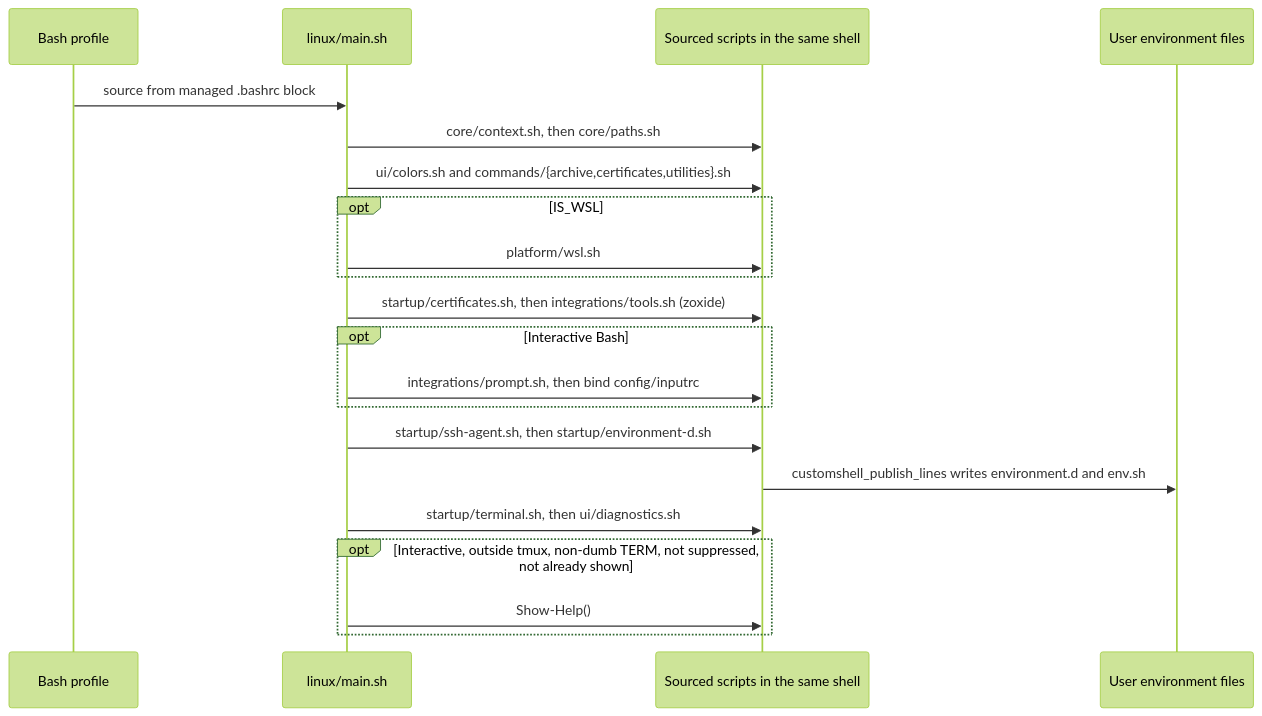
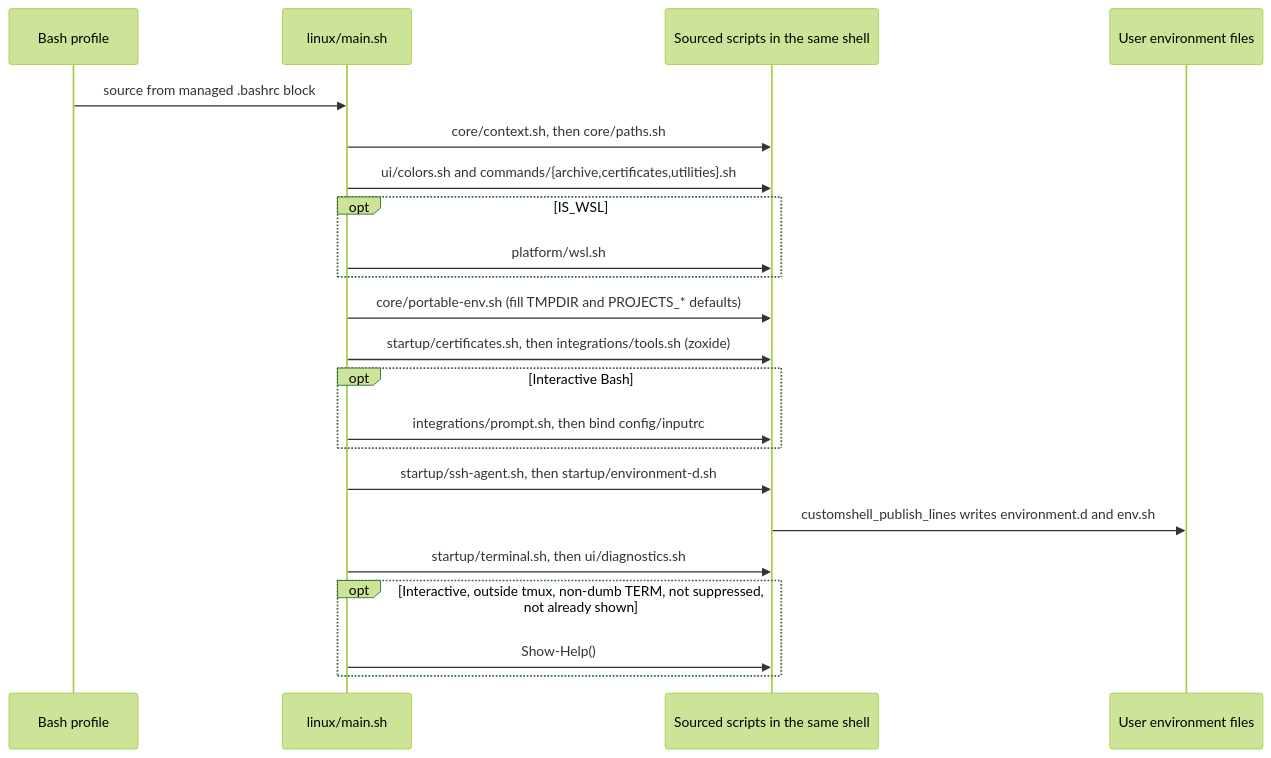
One commit to cardin/CustomShell changed the first of 6 diagrams in docs/DESIGN.md. Above: the diagram before and after it, drawn with Mermaid (forest theme). The commit also changed other lines of this file and 14 other files, not shown here.

First line of the commit message:
feat: add portable environment defaults

````diff
--- a/docs/DESIGN.md
+++ b/docs/DESIGN.md
@@ -9,23 +9,24 @@
 ```mermaid
 sequenceDiagram
     participant Shell as Bash profile
     participant Main as linux/main.sh
     participant Modules as Sourced scripts in the same shell
     participant Files as User environment files
     Shell->>Main: source from managed .bashrc block
     Main->>Modules: core/context.sh, then core/paths.sh
     Main->>Modules: ui/colors.sh and commands/{archive,certificates,utilities}.sh
     opt IS_WSL
         Main->>Modules: platform/wsl.sh
     end
+    Main->>Modules: core/portable-env.sh (fill TMPDIR and PROJECTS_* defaults)
     Main->>Modules: startup/certificates.sh, then integrations/tools.sh (zoxide)
     opt Interactive Bash
         Main->>Modules: integrations/prompt.sh, then bind config/inputrc
     end
     Main->>Modules: startup/ssh-agent.sh, then startup/environment-d.sh
     Modules->>Files: customshell_publish_lines writes environment.d and env.sh
     Main->>Modules: startup/terminal.sh, then ui/diagnostics.sh
     opt Interactive, outside tmux, non-dumb TERM, not suppressed, not already shown
         Main->>Modules: Show-Help()
     end
 ```
````
